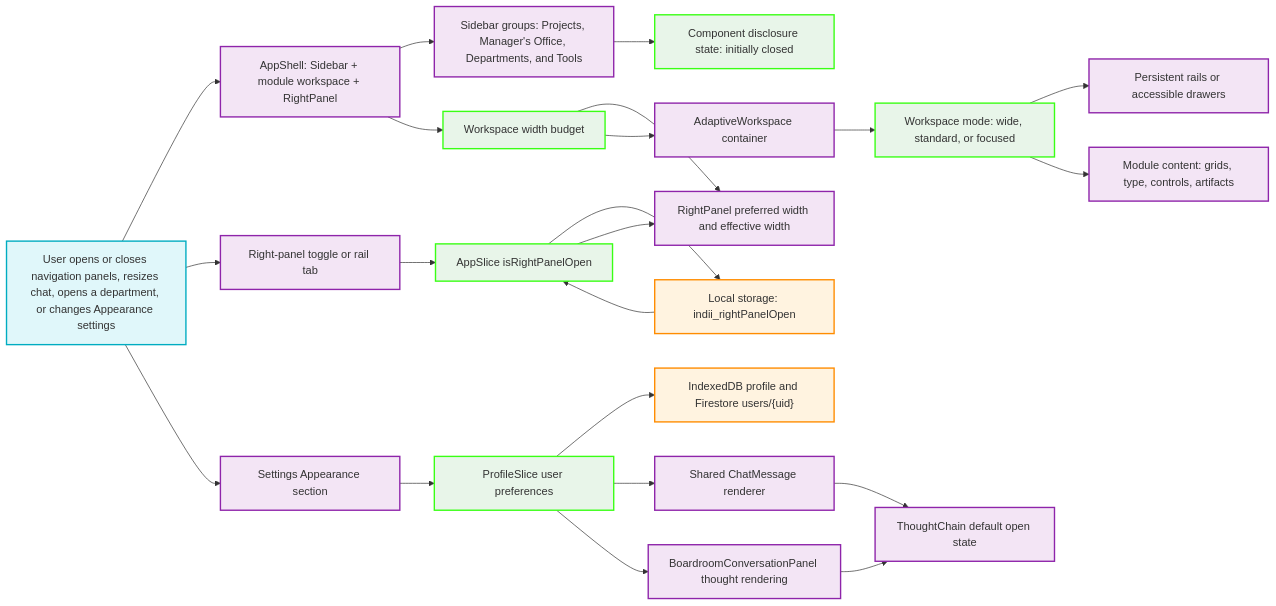
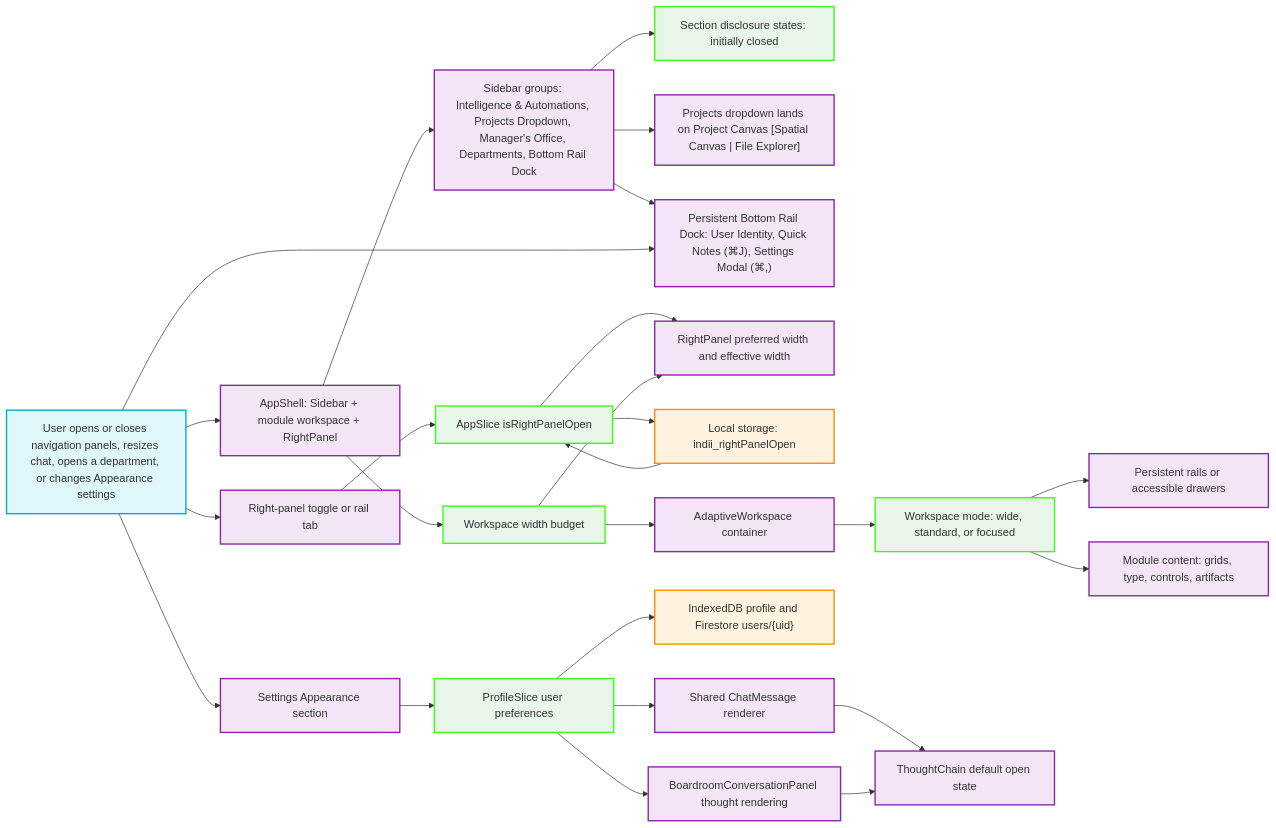
The diagram in docs/flowcharts/adaptive-workspace-and-chat-preferences.md (indii-music-founder/indii-music-founder), drawn with Mermaid before and after one commit. The commit also changed other lines of this file and 40 other files, not shown here.

First line of the commit message:
refactor(nav): realign tools to bottom rail, drawers, and departments

````diff
--- a/docs/flowcharts/adaptive-workspace-and-chat-preferences.md
+++ b/docs/flowcharts/adaptive-workspace-and-chat-preferences.md
@@ -5,54 +5,59 @@
 ```mermaid
 flowchart LR
     User["User opens or closes navigation panels, resizes chat, opens a department, or changes Appearance settings"]
     Shell["AppShell: Sidebar + module workspace + RightPanel"]
-    SidebarGroups["Sidebar groups: Projects, Manager's Office, Departments, and Tools"]
-    SidebarState["Component disclosure state: initially closed"]
+    SidebarGroups["Sidebar groups: Intelligence & Automations, Projects Dropdown, Manager's Office, Departments, Bottom Rail Dock"]
+    SidebarState["Section disclosure states: initially closed"]
+    ProjectLanding["Projects dropdown lands on Project Canvas [Spatial Canvas | File Explorer]"]
+    BottomRail["Persistent Bottom Rail Dock: User Identity, Quick Notes (⌘J), Settings Modal (⌘,)"]
     Budget["Workspace width budget"]
     RightPanel["RightPanel preferred width and effective width"]
     PanelToggle["Right-panel toggle or rail tab"]
     PanelState["AppSlice isRightPanelOpen"]
     PanelStorage["Local storage: indii_rightPanelOpen"]
     Workspace["AdaptiveWorkspace container"]
     Mode["Workspace mode: wide, standard, or focused"]
     Rails["Persistent rails or accessible drawers"]
     Content["Module content: grids, type, controls, artifacts"]
     Profile["ProfileSlice user preferences"]
     Storage["IndexedDB profile and Firestore users/{uid}"]
     Appearance["Settings Appearance section"]
     ChatMessage["Shared ChatMessage renderer"]
     Thought["ThoughtChain default open state"]
     Boardroom["BoardroomConversationPanel thought rendering"]
 
     User --> Shell
     Shell --> SidebarGroups
     SidebarGroups --> SidebarState
+    SidebarGroups --> ProjectLanding
+    SidebarGroups --> BottomRail
+    User --> BottomRail
     User --> PanelToggle
     PanelToggle --> PanelState
     PanelState --> PanelStorage
     PanelStorage --> PanelState
     PanelState --> RightPanel
     Shell --> Budget
     Budget --> RightPanel
     Budget --> Workspace
     Workspace --> Mode
     Mode --> Rails
     Mode --> Content
     User --> Appearance
     Appearance --> Profile
     Profile --> Storage
     Profile --> ChatMessage
     ChatMessage --> Thought
     Profile --> Boardroom
     Boardroom --> Thought
 
     classDef user fill:#e0f7fa,stroke:#00acc1,stroke-width:2px
     classDef ui fill:#f3e5f5,stroke:#8e24aa,stroke-width:2px
     classDef logic fill:#e8f5e9,stroke:#39FF14,stroke-width:2px
     classDef data fill:#fff3e0,stroke:#ff8c00,stroke-width:2px
 
     class User user
-    class Shell,SidebarGroups,RightPanel,PanelToggle,Workspace,Rails,Content,Appearance,ChatMessage,Thought,Boardroom ui
+    class Shell,SidebarGroups,ProjectLanding,BottomRail,RightPanel,PanelToggle,Workspace,Rails,Content,Appearance,ChatMessage,Thought,Boardroom ui
     class SidebarState,Budget,PanelState,Mode,Profile logic
     class PanelStorage,Storage data
 ```
````
